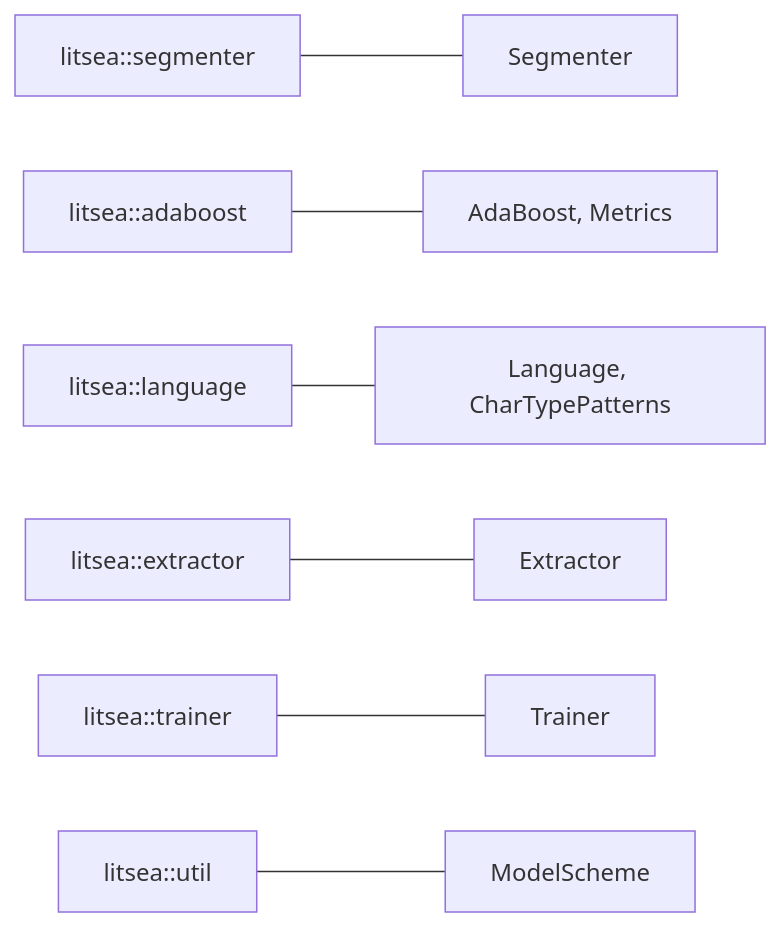
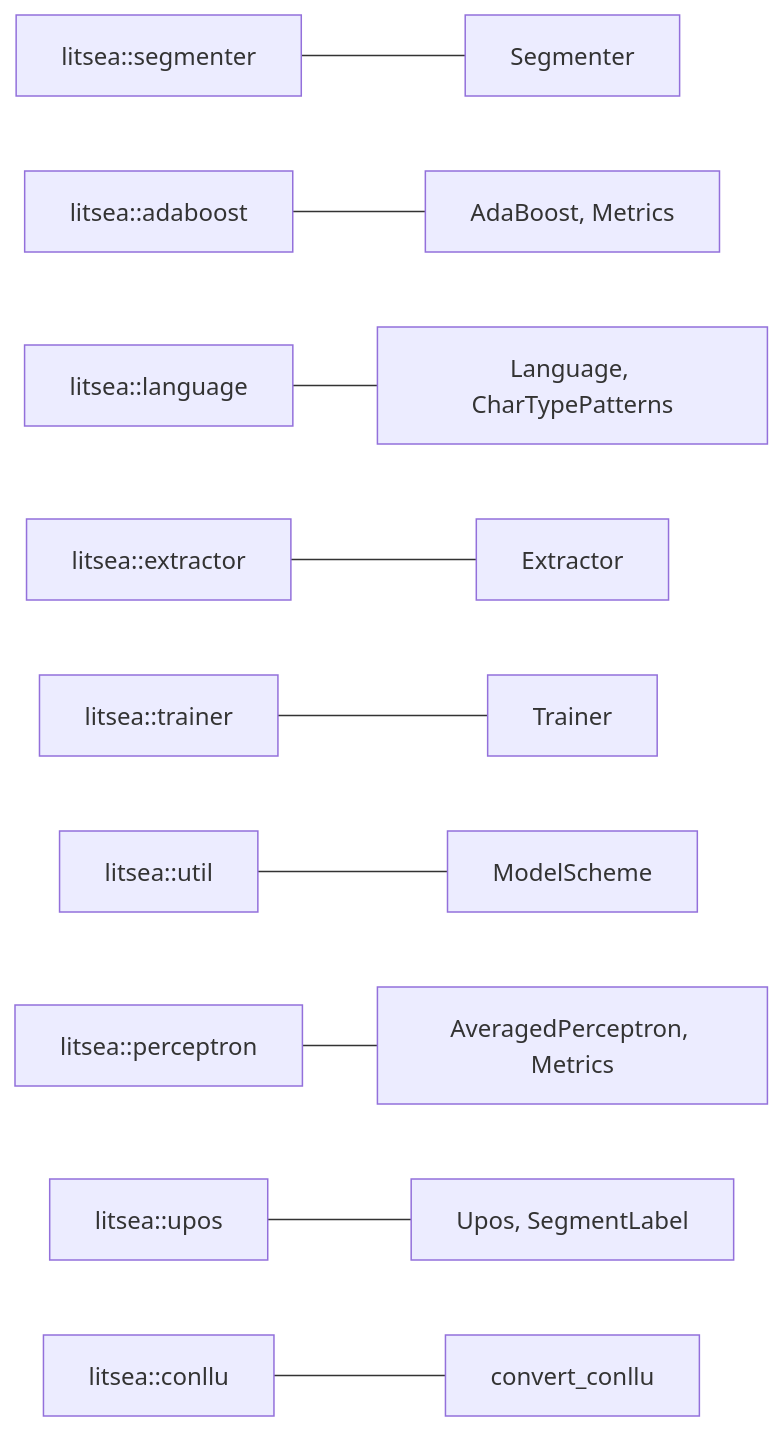
One commit to mosuka/litsea changed the diagram in docs/ja/src/library-api/overview.md. Above: the diagram before and after it, drawn with Mermaid. The commit also changed other lines of this file and 47 other files, not shown here.

First line of the commit message:
Add UPOS part-of-speech tagging with Averaged Perceptron (#72)

````diff
--- a/docs/ja/src/library-api/overview.md
+++ b/docs/ja/src/library-api/overview.md
@@ -15,9 +15,12 @@
 ```mermaid
 graph LR
     A["litsea::segmenter"] --- B["Segmenter"]
     C["litsea::adaboost"] --- D["AdaBoost, Metrics"]
     E["litsea::language"] --- F["Language, CharTypePatterns"]
     G["litsea::extractor"] --- H["Extractor"]
     I["litsea::trainer"] --- J["Trainer"]
     K["litsea::util"] --- L["ModelScheme"]
+    M["litsea::perceptron"] --- N["AveragedPerceptron, Metrics"]
+    O["litsea::upos"] --- P["Upos, SegmentLabel"]
+    Q["litsea::conllu"] --- R["convert_conllu"]
 ```
````
